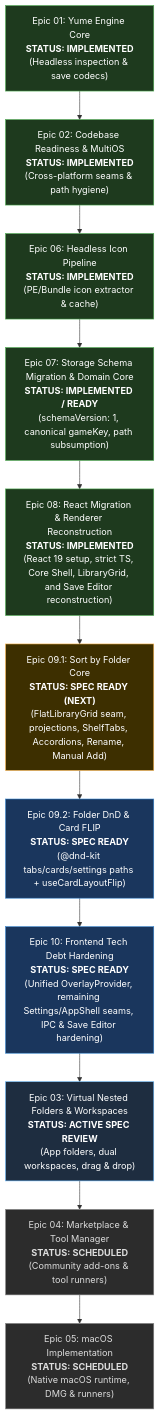
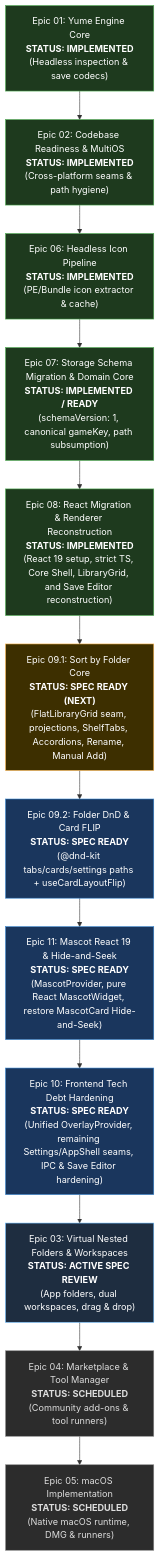
One commit to loerei/YumeShelf changed the diagram in docs/specs/README.md. Above: the diagram before and after it, drawn with Mermaid. The commit also changed other lines of this file and 18 other files, not shown here.

Commit message:
docs(specs): finalize epic 09.2 review, add epic 11, and reorder roadmap

````diff
--- a/docs/specs/README.md
+++ b/docs/specs/README.md
@@ -11,26 +11,27 @@
 ```mermaid
 flowchart TD
     E01["Epic 01: Yume Engine Core<br/><b>STATUS: IMPLEMENTED</b><br/>(Headless inspection & save codecs)"]
     --> E02["Epic 02: Codebase Readiness & MultiOS<br/><b>STATUS: IMPLEMENTED</b><br/>(Cross-platform seams & path hygiene)"]
     --> E06["Epic 06: Headless Icon Pipeline<br/><b>STATUS: IMPLEMENTED</b><br/>(PE/Bundle icon extractor & cache)"]
     --> E07["Epic 07: Storage Schema Migration & Domain Core<br/><b>STATUS: IMPLEMENTED / READY</b><br/>(schemaVersion: 1, canonical gameKey, path subsumption)"]
     --> E08["Epic 08: React Migration & Renderer Reconstruction<br/><b>STATUS: IMPLEMENTED</b><br/>(React 19 setup, strict TS, Core Shell, LibraryGrid, and Save Editor reconstruction)"]
     --> E09.1["Epic 09.1: Sort by Folder Core<br/><b>STATUS: SPEC READY (NEXT)</b><br/>(FlatLibraryGrid seam, projections, ShelfTabs, Accordions, Rename, Manual Add)"]
     --> E09.2["Epic 09.2: Folder DnD & Card FLIP<br/><b>STATUS: SPEC READY</b><br/>(@dnd-kit tabs/cards/settings paths + useCardLayoutFlip)"]
+    --> E11["Epic 11: Mascot React 19 & Hide-and-Seek<br/><b>STATUS: SPEC READY</b><br/>(MascotProvider, pure React MascotWidget, restore MascotCard Hide-and-Seek)"]
     --> E10["Epic 10: Frontend Tech Debt Hardening<br/><b>STATUS: SPEC READY</b><br/>(Unified OverlayProvider, remaining Settings/AppShell seams, IPC & Save Editor hardening)"]
     --> E03["Epic 03: Virtual Nested Folders & Workspaces<br/><b>STATUS: ACTIVE SPEC REVIEW</b><br/>(App folders, dual workspaces, drag & drop)"]
     --> E04["Epic 04: Marketplace & Tool Manager<br/><b>STATUS: SCHEDULED</b><br/>(Community add-ons & tool runners)"]
     --> E05["Epic 05: macOS Implementation<br/><b>STATUS: SCHEDULED</b><br/>(Native macOS runtime, DMG & runners)"]
 
     classDef implemented fill:#1e3a1e,stroke:#4caf50,color:#fff;
     classDef next fill:#3d2f00,stroke:#ffb74d,color:#fff;
     classDef reviewing fill:#1e2d40,stroke:#64b5f6,color:#fff;
     classDef scheduled fill:#2c2c2c,stroke:#888,color:#ddd;
     classDef ready fill:#1a365d,stroke:#3182ce,color:#fff;
 
     class E01,E02,E06,E07,E08 implemented;
     class E09.1 next;
-    class E09.2,E10 ready;
+    class E09.2,E10,E11 ready;
     class E03 reviewing;
     class E04,E05 scheduled;
 ```
````
